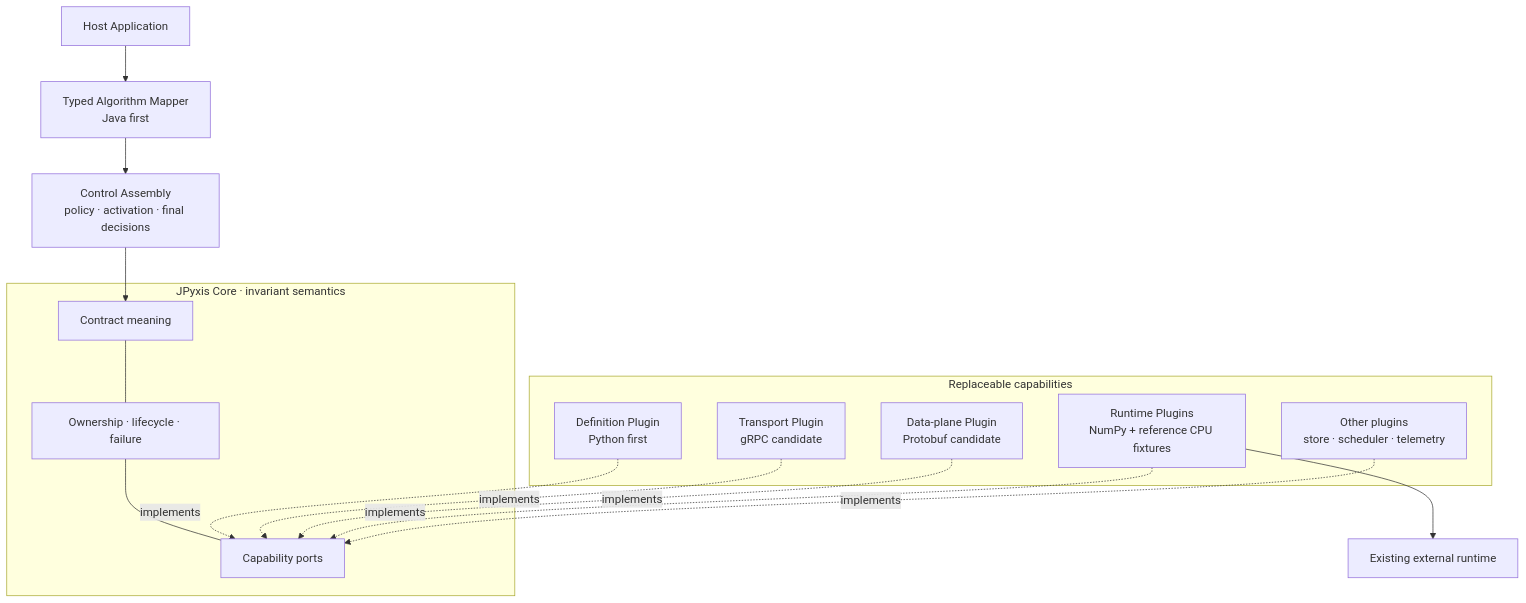
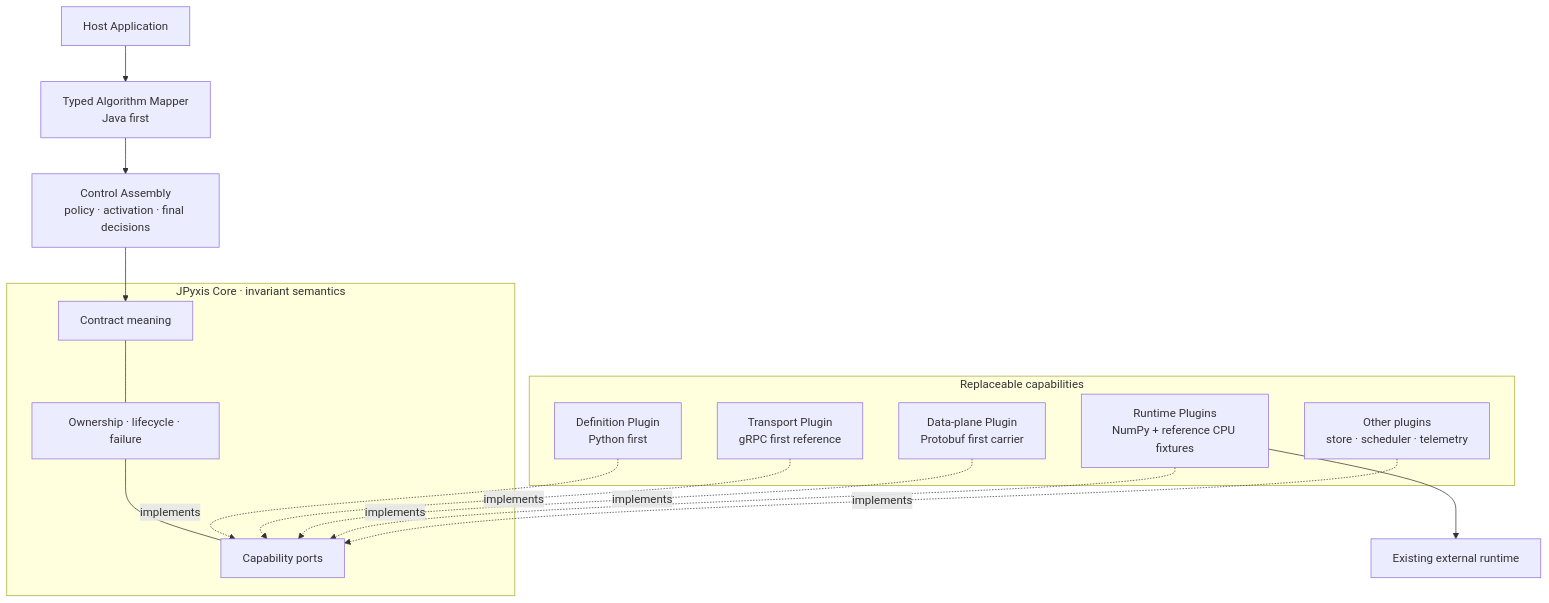
The first of 3 diagrams in README.md (NoctilumeDev/JPyxis), drawn with Mermaid before and after one commit. The commit also changed other lines of this file and 2 other files, not shown here.

````diff
--- a/README.md
+++ b/README.md
@@ -74,30 +82,30 @@
 ```mermaid
 flowchart TB
     APP["Host Application"] --> MAPPER["Typed Algorithm Mapper<br/>Java first"]
     MAPPER --> CONTROL["Control Assembly<br/>policy · activation · final decisions"]
 
     subgraph CORE["JPyxis Core · invariant semantics"]
         CONTRACT["Contract meaning"]
         STATE["Ownership · lifecycle · failure"]
         PORTS["Capability ports"]
         CONTRACT --- STATE
         STATE --- PORTS
     end
 
     CONTROL --> CONTRACT
 
     subgraph CAPABILITIES["Replaceable capabilities"]
         DEFINITION["Definition Plugin<br/>Python first"]
-        TRANSPORT["Transport Plugin<br/>gRPC candidate"]
-        DATA["Data-plane Plugin<br/>Protobuf candidate"]
+        TRANSPORT["Transport Plugin<br/>gRPC first reference"]
+        DATA["Data-plane Plugin<br/>Protobuf first carrier"]
         RUNTIME["Runtime Plugins<br/>NumPy + reference CPU fixtures"]
         OTHER["Other plugins<br/>store · scheduler · telemetry"]
     end
 
     DEFINITION -. "implements" .-> PORTS
     TRANSPORT -. "implements" .-> PORTS
     DATA -. "implements" .-> PORTS
     RUNTIME -. "implements" .-> PORTS
     OTHER -. "implements" .-> PORTS
     RUNTIME --> EXTERNAL["Existing external runtime"]
 ```
````
